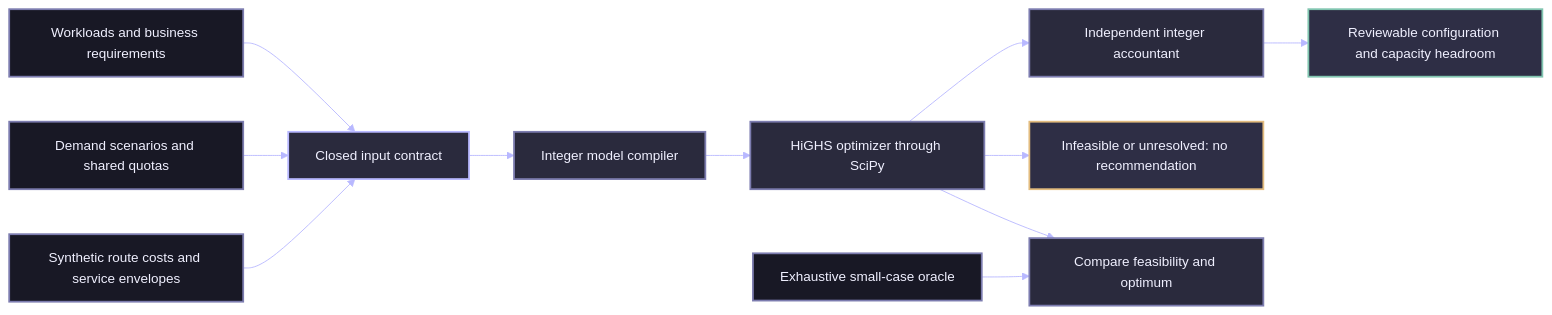
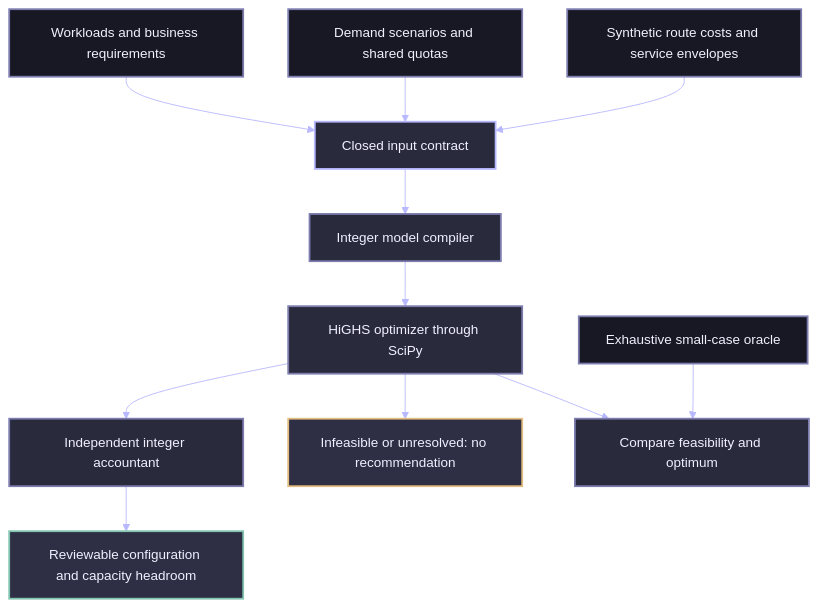
One commit to rlbsem/martech-stack-economics changed the diagram in README.md. Above: the diagram before and after it, drawn with Mermaid.

Commit message:
Improve GitHub diagram readability using vertical flow layout

````diff
--- a/README.md
+++ b/README.md
@@ -31,26 +31,26 @@
 ```mermaid
 %%{init: {"theme":"base","themeVariables":{"background":"#10101D","primaryColor":"#2A2A3D","primaryTextColor":"#F0F0FF","primaryBorderColor":"#7C7CAF","lineColor":"#B8B8FF","textColor":"#F0F0FF","secondaryColor":"#181825","tertiaryColor":"#2E2E45","fontFamily":"IBM Plex Sans, Arial, sans-serif","fontSize":"15px","edgeLabelBackground":"#10101D"}}}%%
-flowchart LR
+flowchart TB
     W[Workloads and business requirements] --> C[Closed input contract]
     S[Demand scenarios and shared quotas] --> C
     P[Synthetic route costs and service envelopes] --> C
     C --> M[Integer model compiler]
     M --> O[HiGHS optimizer through SciPy]
     O --> I[Independent integer accountant]
     I --> R[Reviewable configuration and capacity headroom]
     O --> F[Infeasible or unresolved: no recommendation]
     E[Exhaustive small-case oracle] --> V[Compare feasibility and optimum]
     O --> V
 
     classDef source fill:#181825,stroke:#7C7CAF,color:#F0F0FF,stroke-width:2px;
     classDef foundation fill:#2A2A3D,stroke:#B8B8FF,color:#F0F0FF,stroke-width:2px;
     classDef capability fill:#2A2A3D,stroke:#7C7CAF,color:#F0F0FF,stroke-width:2px;
     classDef output fill:#2E2E45,stroke:#81C5B0,color:#F0F0FF,stroke-width:2px;
     classDef alert fill:#2E2E45,stroke:#E3BC7F,color:#F0F0FF,stroke-width:2px;
 
     class W,S,P,E source;
     class C foundation;
     class M,O,I,V capability;
     class R output;
     class F alert;
 ```
````
